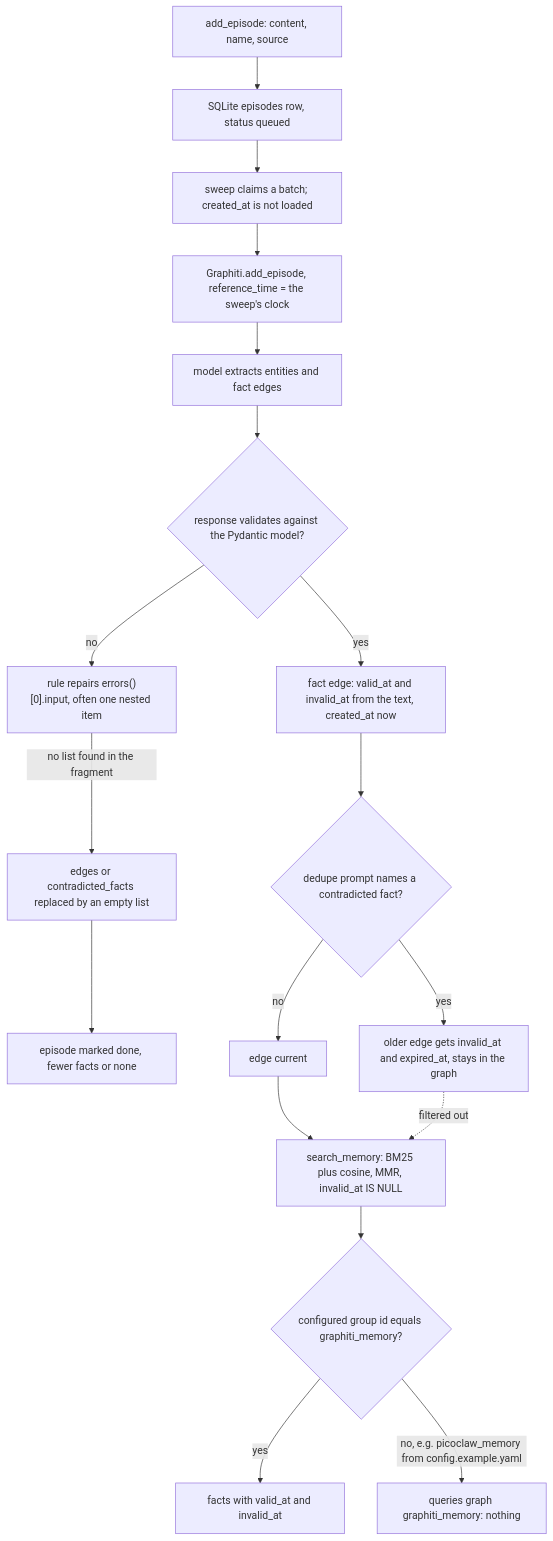
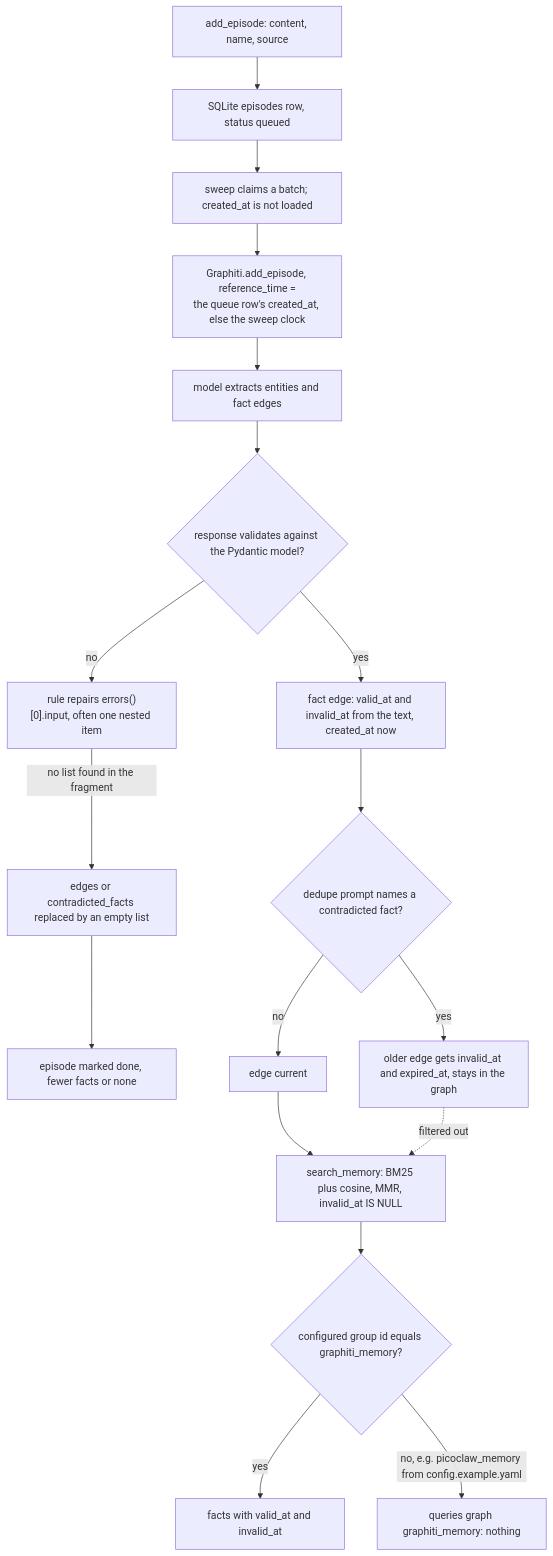
One commit to neoneye/agent-memory-atlas changed the diagram in content/systems/janus-graph.md. Above: the diagram before and after it, drawn with Mermaid. The commit also changed other lines of this file and 4 other files, not shown here.

First line of the commit message:
Janus-Graph re-pinned: the reference time was the enqueue time all along, and the engine version it runs has no git tag

````diff
--- a/content/systems/janus-graph.md
+++ b/content/systems/janus-graph.md
@@ -49,21 +49,21 @@
 ```mermaid
 %% caption: an episode becomes facts only if Graphiti's extraction survives the repair wrapper, whose fallback for a malformed item is an empty list; a fact stops being returned when a contradiction closes its interval, and search_memory reads the right graph only when the group id equals the driver default
 flowchart TD
   A["add_episode: content, name, source"] --> Q["SQLite episodes row, status queued"]
   Q --> S["sweep claims a batch; created_at is not loaded"]
-  S --> W["Graphiti.add_episode, reference_time = the sweep's clock"]
+  S --> W["Graphiti.add_episode, reference_time =<br/>the queue row's created_at, else the sweep clock"]
   W --> X["model extracts entities and fact edges"]
   X --> V{"response validates against the Pydantic model?"}
   V -->|yes| E["fact edge: valid_at and invalid_at from the text, created_at now"]
   V -->|no| R["rule repairs errors()[0].input, often one nested item"]
   R -->|"no list found in the fragment"| Z["edges or contradicted_facts replaced by an empty list"]
   Z --> D["episode marked done, fewer facts or none"]
   E --> C{"dedupe prompt names a contradicted fact?"}
   C -->|yes| I["older edge gets invalid_at and expired_at, stays in the graph"]
   C -->|no| K["edge current"]
   K --> F["search_memory: BM25 plus cosine, MMR, invalid_at IS NULL"]
   I -.->|"filtered out"| F
   F --> G{"configured group id equals graphiti_memory?"}
   G -->|yes| OUT["facts with valid_at and invalid_at"]
   G -->|"no, e.g. picoclaw_memory from config.example.yaml"| N["queries graph graphiti_memory: nothing"]
 ```
````
